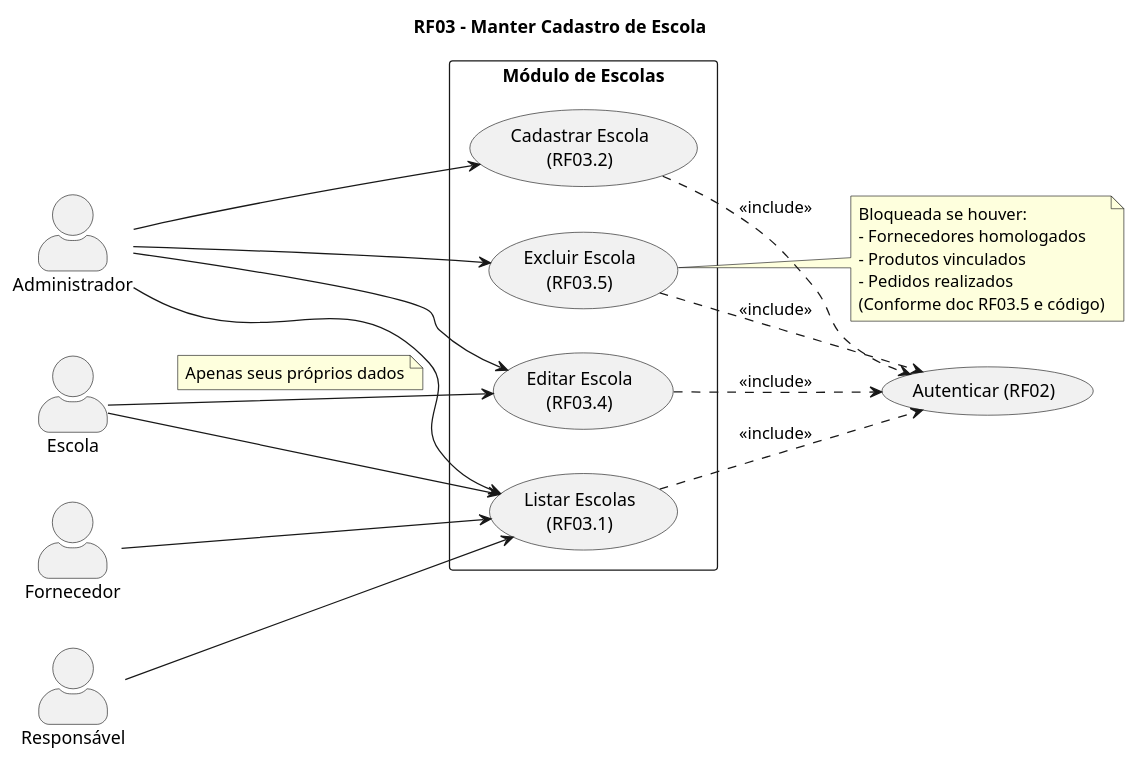
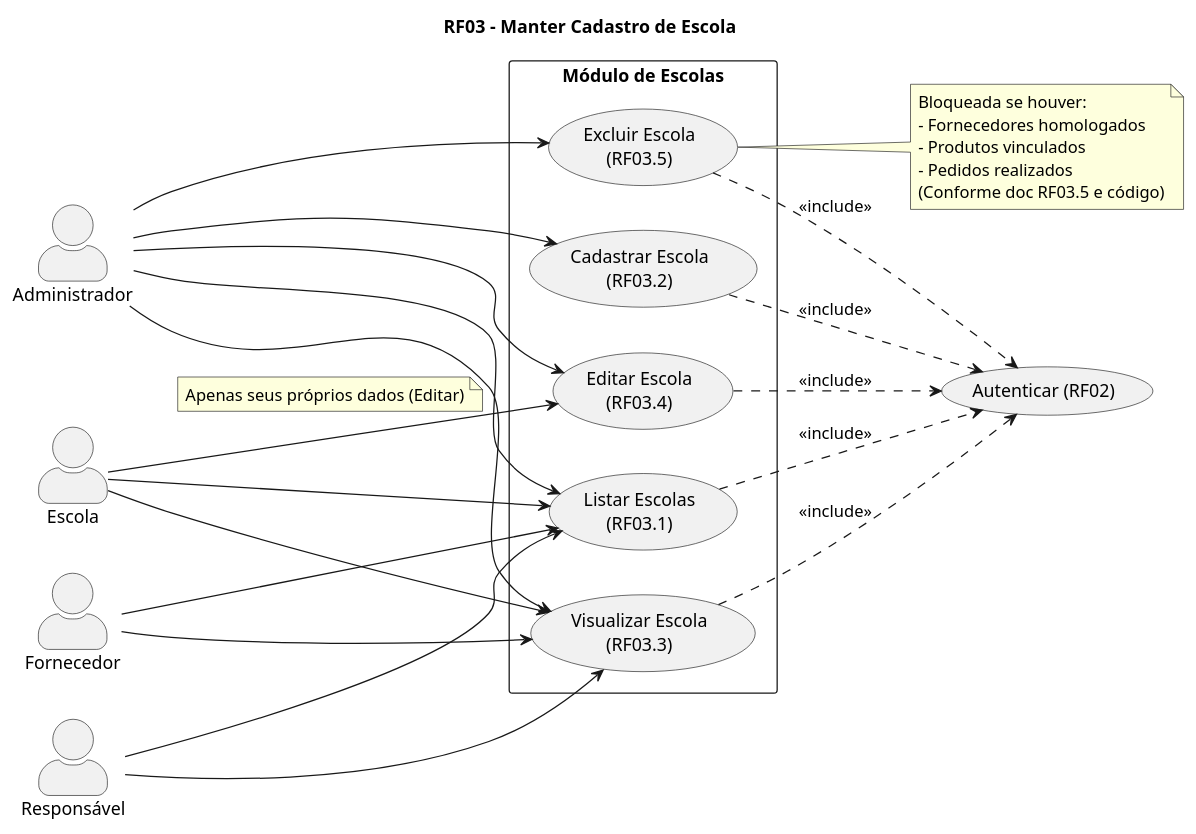
The diagram in diagrams/modulo-escolas.puml (murs77r/conecta-uniforme), drawn with PlantUML before and after one commit. The commit also changed 2 other files, not shown here.

```diff
--- a/diagrams/modulo-escolas.puml
+++ b/diagrams/modulo-escolas.puml
@@ -1,53 +1,59 @@
 @startuml
 ' RF03 - Manter Cadastro de Escola
 
 left to right direction
 skinparam actorStyle awesome
 title RF03 - Manter Cadastro de Escola
 
 actor Administrador
 actor Escola
 actor Fornecedor
 actor Responsável
 
 usecase "Autenticar (RF02)" as RF02
 
 rectangle "Módulo de Escolas" {
     usecase "Listar Escolas\n(RF03.1)" as UC03_1
     usecase "Cadastrar Escola\n(RF03.2)" as UC03_2
+    usecase "Visualizar Escola\n(RF03.3)" as UC03_3
     usecase "Editar Escola\n(RF03.4)" as UC03_4
     usecase "Excluir Escola\n(RF03.5)" as UC03_5
 }
 
 ' Administrador - controle total
 Administrador --> UC03_1
 Administrador --> UC03_2
+Administrador --> UC03_3
 Administrador --> UC03_4
 Administrador --> UC03_5
 
-' Escola - autogestão
+' Escola - autogestão e visualização
 Escola --> UC03_1
+Escola --> UC03_3
 Escola --> UC03_4
 note on link
-  Apenas seus próprios dados
+  Apenas seus próprios dados (Editar)
 end note
 
 ' Outros perfis autenticados - visualização
 Fornecedor --> UC03_1
+Fornecedor --> UC03_3
 Responsável --> UC03_1
+Responsável --> UC03_3
 
 ' Dependência de Autenticação (RF02)
 UC03_1 ..> RF02 : <<include>>
 UC03_2 ..> RF02 : <<include>>
+UC03_3 ..> RF02 : <<include>>
 UC03_4 ..> RF02 : <<include>>
 UC03_5 ..> RF02 : <<include>>
 
 note right of UC03_5
   Bloqueada se houver:
   - Fornecedores homologados
   - Produtos vinculados
   - Pedidos realizados
   (Conforme doc RF03.5 e código)
 end note
 
 @enduml
```
